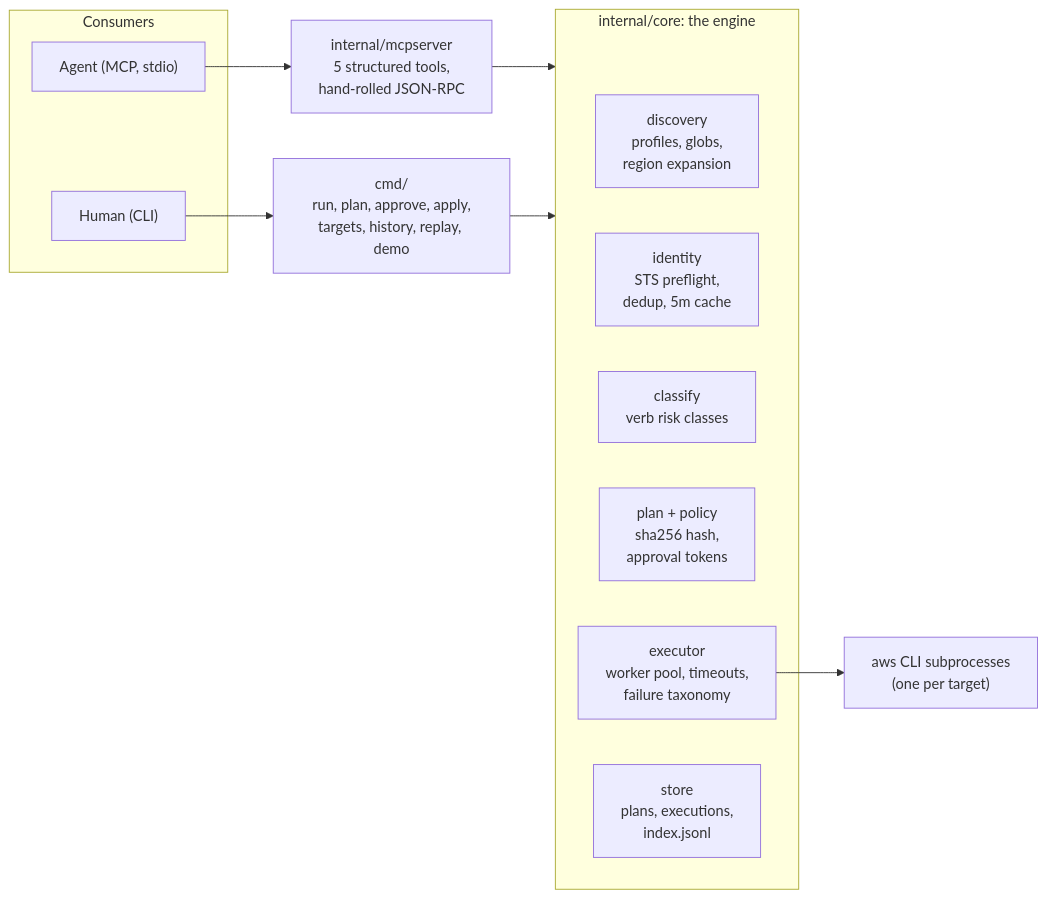
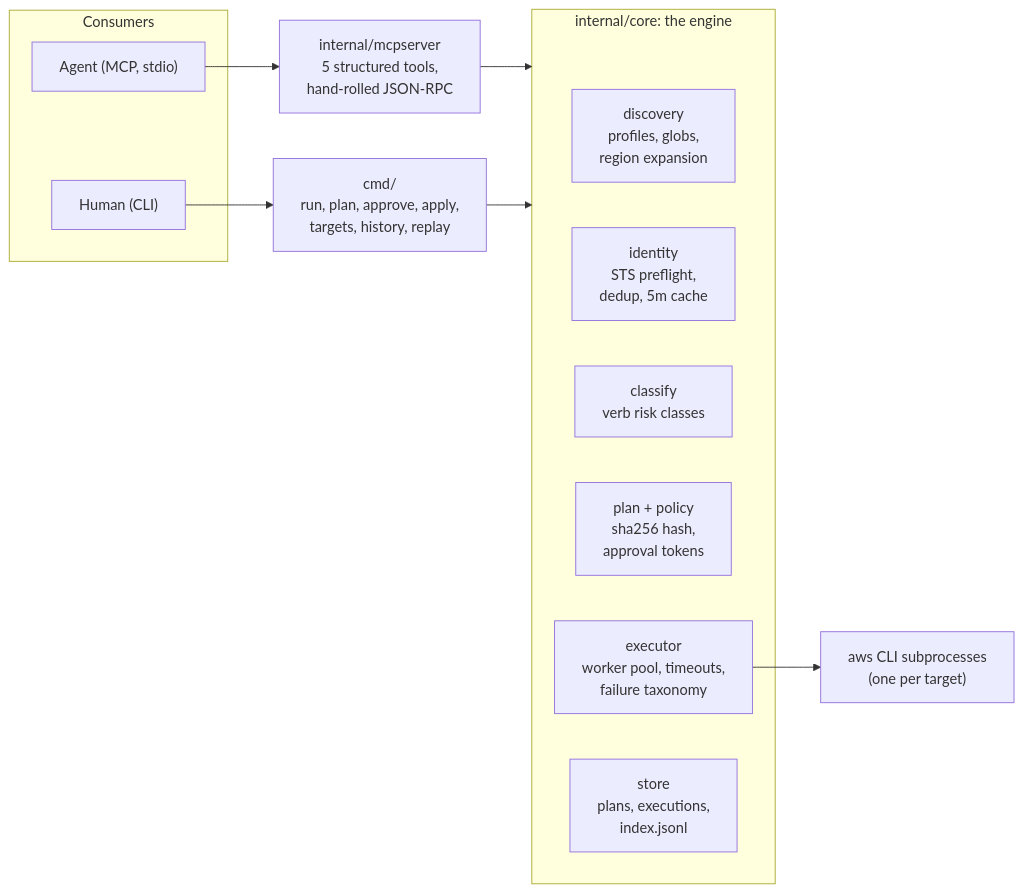
The first of 2 diagrams in docs/ARCHITECTURE.md (0hardik1/awsmux), drawn with Mermaid before and after one commit. The commit also changed other lines of this file and 3 other files, not shown here.

````diff
--- a/docs/ARCHITECTURE.md
+++ b/docs/ARCHITECTURE.md
@@ -7,20 +7,20 @@
 ```mermaid
 flowchart LR
     subgraph consumers [Consumers]
         AG["Agent (MCP, stdio)"]
         HU["Human (CLI)"]
     end
     AG --> MCP["internal/mcpserver<br/>5 structured tools,<br/>hand-rolled JSON-RPC"]
-    HU --> CMD["cmd/<br/>run, plan, approve, apply,<br/>targets, history, replay, demo"]
+    HU --> CMD["cmd/<br/>run, plan, approve, apply,<br/>targets, history, replay"]
     MCP --> CORE
     CMD --> CORE
     subgraph CORE [internal/core: the engine]
         DISC["discovery<br/>profiles, globs,<br/>region expansion"]
         IDEN["identity<br/>STS preflight,<br/>dedup, 5m cache"]
         CLS["classify<br/>verb risk classes"]
         PLAN["plan + policy<br/>sha256 hash,<br/>approval tokens"]
         EXEC["executor<br/>worker pool, timeouts,<br/>failure taxonomy"]
         STORE["store<br/>plans, executions,<br/>index.jsonl"]
     end
     EXEC --> AWS["aws CLI subprocesses<br/>(one per target)"]
 ```
````
